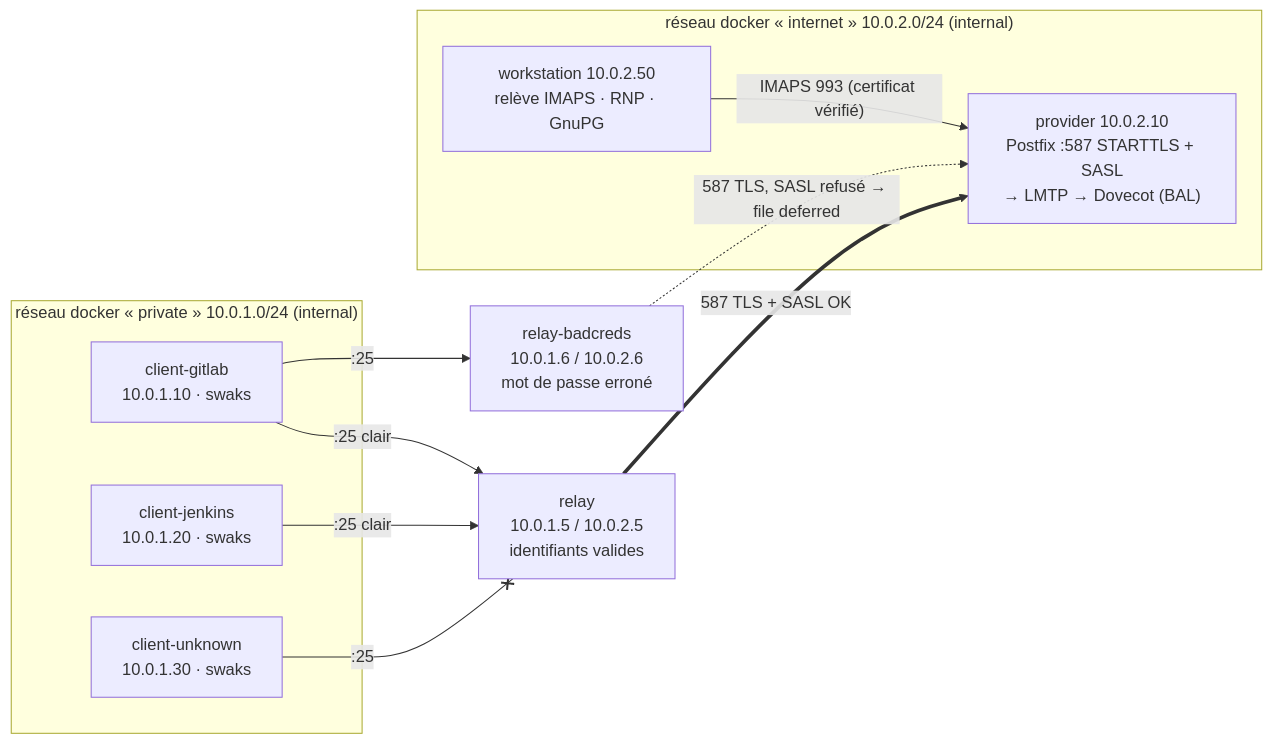
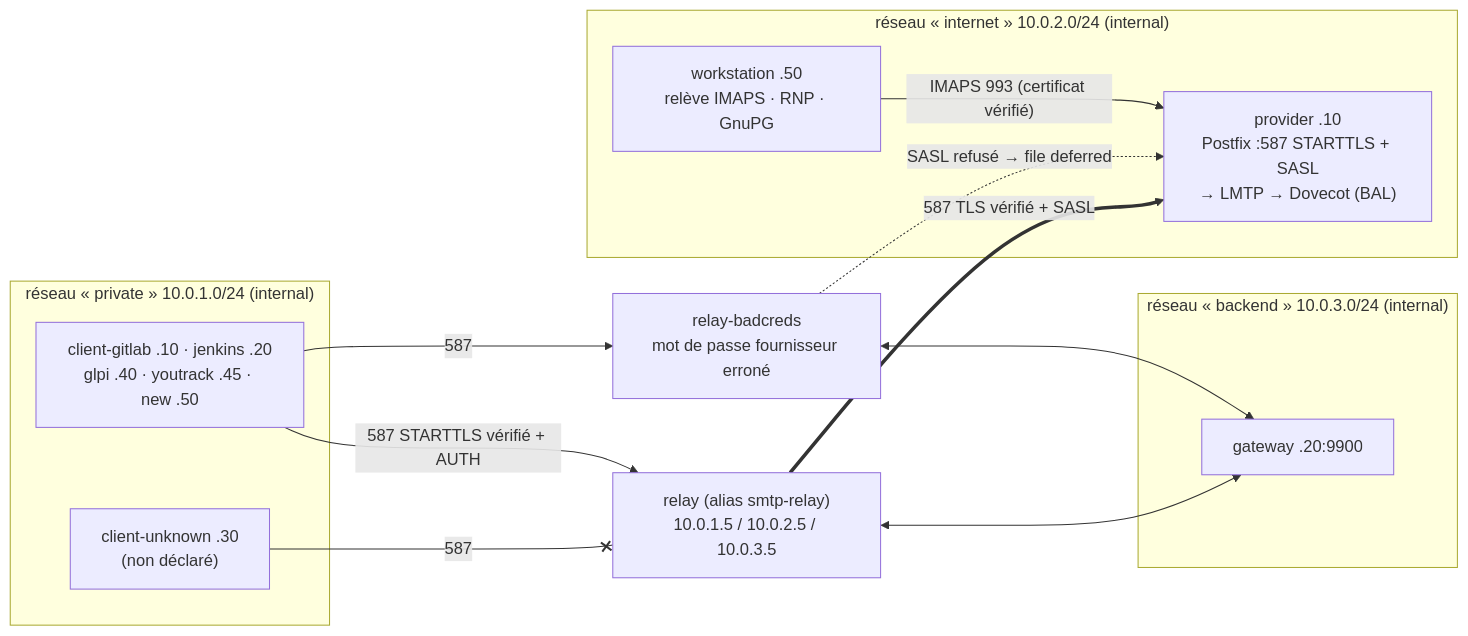
One commit to kosaar/relai-smtp changed the third of 3 diagrams in docs/architecture.md. Above: the diagram before and after it, drawn with Mermaid. The commit also changed other lines of this file and 43 other files, not shown here.

````diff
--- a/docs/architecture.md
+++ b/docs/architecture.md
@@ -89,21 +103,24 @@
 ```mermaid
 flowchart LR
-    subgraph P["réseau docker « private » 10.0.1.0/24 (internal)"]
-        CG["client-gitlab<br/>10.0.1.10 · swaks"]
-        CJ["client-jenkins<br/>10.0.1.20 · swaks"]
-        CU["client-unknown<br/>10.0.1.30 · swaks"]
+    subgraph P["réseau « private » 10.0.1.0/24 (internal)"]
+        C1["client-gitlab .10 · jenkins .20<br/>glpi .40 · youtrack .45 · new .50"]
+        CU["client-unknown .30<br/>(non déclaré)"]
     end
-    R["relay<br/>10.0.1.5 / 10.0.2.5<br/>identifiants valides"]
-    RB["relay-badcreds<br/>10.0.1.6 / 10.0.2.6<br/>mot de passe erroné"]
-    subgraph I["réseau docker « internet » 10.0.2.0/24 (internal)"]
-        F["provider 10.0.2.10<br/>Postfix :587 STARTTLS + SASL<br/>→ LMTP → Dovecot (BAL)"]
-        W["workstation 10.0.2.50<br/>relève IMAPS · RNP · GnuPG"]
+    R["relay (alias smtp-relay)<br/>10.0.1.5 / 10.0.2.5 / 10.0.3.5"]
+    RB["relay-badcreds<br/>mot de passe fournisseur erroné"]
+    subgraph B["réseau « backend » 10.0.3.0/24 (internal)"]
+        G["gateway .20:9900"]
     end
-    CG -- ":25 clair" --> R
-    CJ -- ":25 clair" --> R
-    CU -- ":25" --x R
-    CG -- ":25" --> RB
-    R == "587 TLS + SASL OK" ==> F
-    RB -. "587 TLS, SASL refusé → file deferred" .-> F
+    subgraph I["réseau « internet » 10.0.2.0/24 (internal)"]
+        F["provider .10<br/>Postfix :587 STARTTLS + SASL<br/>→ LMTP → Dovecot (BAL)"]
+        W["workstation .50<br/>relève IMAPS · RNP · GnuPG"]
+    end
+    C1 -- "587 STARTTLS vérifié + AUTH" --> R
+    CU -- "587" --x R
+    C1 -- "587" --> RB
+    R <--> G
+    RB <--> G
+    R == "587 TLS vérifié + SASL" ==> F
+    RB -. "SASL refusé → file deferred" .-> F
     W -- "IMAPS 993 (certificat vérifié)" --> F
 ```
````
